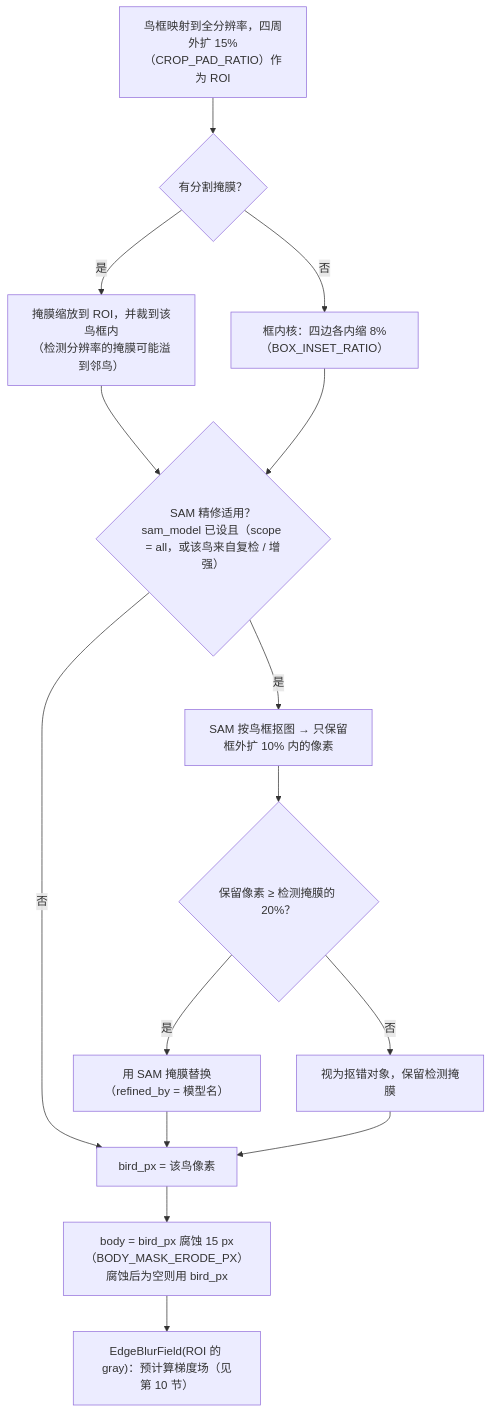
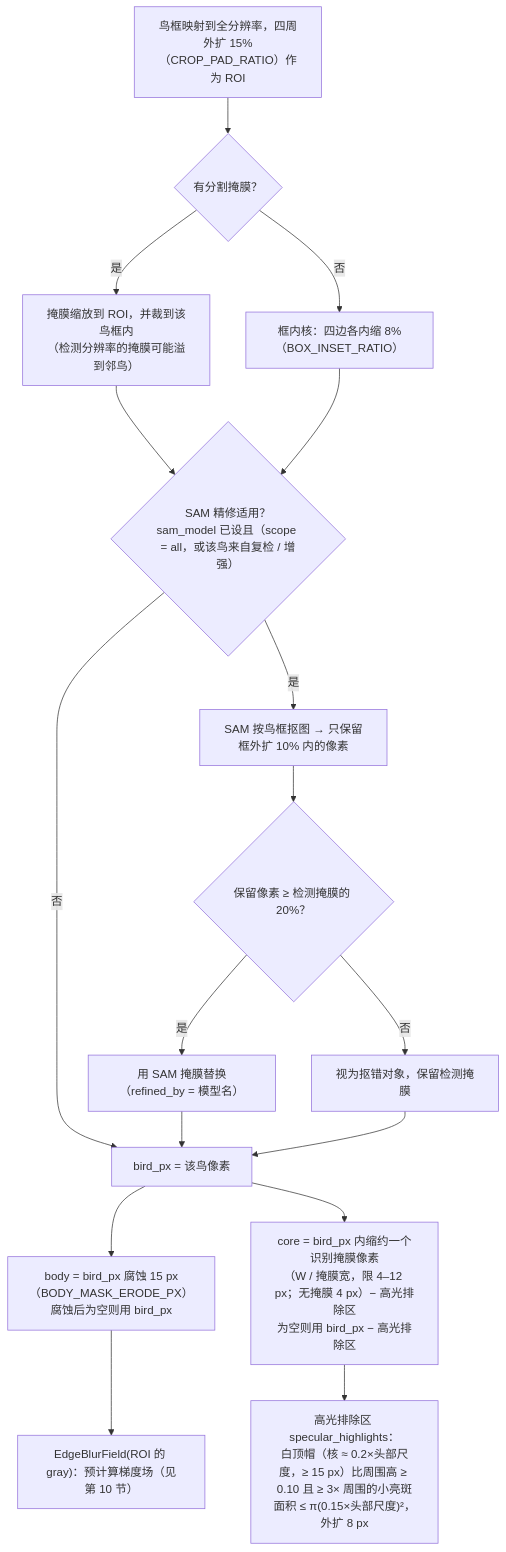
The seventh of 17 diagrams in docs/bird_sharpness_flowchart.md (OscarKing888/SuperBirdTools), drawn with Mermaid before and after one commit. The commit also changed other lines of this file and 6 other files, not shown here.

````diff
--- a/docs/bird_sharpness_flowchart.md
+++ b/docs/bird_sharpness_flowchart.md
@@ -202,17 +202,19 @@
 ```mermaid
 flowchart TD
     A["鸟框映射到全分辨率，四周外扩 15%（CROP_PAD_RATIO）作为 ROI"] --> B{"有分割掩膜？"}
     B -->|是| C["掩膜缩放到 ROI，并裁到该鸟框内<br/>（检测分辨率的掩膜可能溢到邻鸟）"]
     B -->|否| D["框内核：四边各内缩 8%（BOX_INSET_RATIO）"]
     C --> E{"SAM 精修适用？<br/>sam_model 已设且（scope = all，或该鸟来自复检 / 增强）"}
     D --> E
     E -->|是| F["SAM 按鸟框抠图 → 只保留框外扩 10% 内的像素"]
     F --> G{"保留像素 ≥ 检测掩膜的 20%？"}
     G -->|是| H["用 SAM 掩膜替换（refined_by = 模型名）"]
     G -->|否| I["视为抠错对象，保留检测掩膜"]
     E -->|否| J
     H --> J["bird_px = 该鸟像素"]
     I --> J
     J --> K["body = bird_px 腐蚀 15 px（BODY_MASK_ERODE_PX）<br/>腐蚀后为空则用 bird_px"]
+    J --> K2["core = bird_px 内缩约一个识别掩膜像素<br/>（W / 掩膜宽，限 4–12 px；无掩膜 4 px）− 高光排除区<br/>为空则用 bird_px − 高光排除区"]
+    K2 --> K3["高光排除区 specular_highlights：<br/>白顶帽（核 ≈ 0.2×头部尺度，≥ 15 px）比周围高 ≥ 0.10 且 ≥ 3× 周围的小亮斑<br/>面积 ≤ π(0.15×头部尺度)²，外扩 8 px"]
     K --> L["EdgeBlurField(ROI 的 gray)：预计算梯度场（见第 10 节）"]
 ```
````
